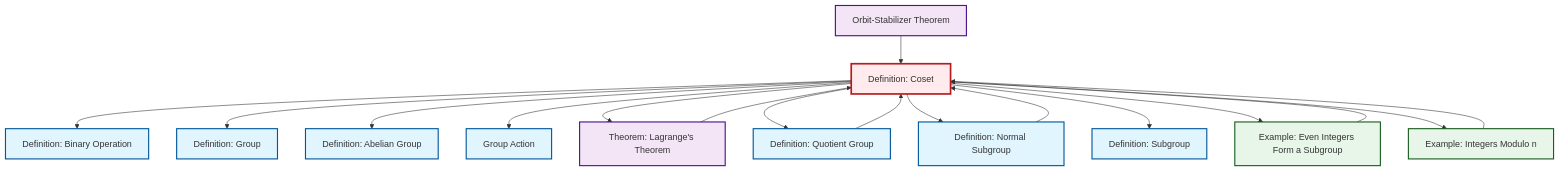
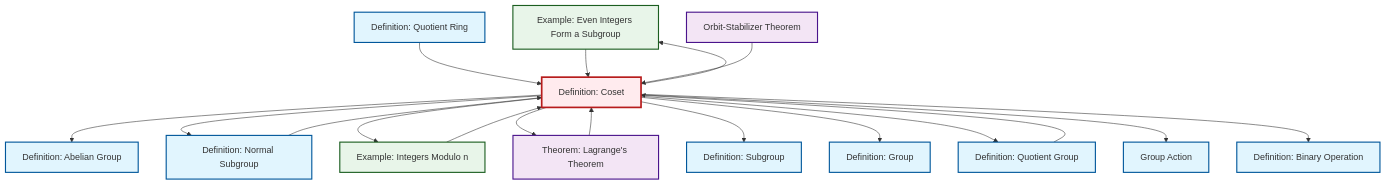
The diagram in output/mermaid/def-coset.mermaid (RK0429/ModernMath), drawn with Mermaid before and after one commit. The commit also changed 597 other files, not shown here.

```diff
--- a/output/mermaid/def-coset.mermaid
+++ b/output/mermaid/def-coset.mermaid
@@ -1,36 +1,38 @@
 %%| fig-cap: "Local dependency graph"
 graph TD
     classDef definition fill:#e1f5fe,stroke:#01579b,stroke-width:2px
     classDef theorem fill:#f3e5f5,stroke:#4a148c,stroke-width:2px
     classDef axiom fill:#fff3e0,stroke:#e65100,stroke-width:2px
     classDef example fill:#e8f5e9,stroke:#1b5e20,stroke-width:2px
     classDef current fill:#ffebee,stroke:#b71c1c,stroke-width:3px
+    ex-even-integers-subgroup["Example: Even Integers Form a Subgroup"]:::example
+    ex-quotient-integers-mod-n["Example: Integers Modulo n"]:::example
+    def-group-action["Group Action"]:::definition
+    thm-lagrange["Theorem: Lagrange's Theorem"]:::theorem
+    def-quotient-ring["Definition: Quotient Ring"]:::definition
+    def-coset["Definition: Coset"]:::definition
+    thm-orbit-stabilizer["Orbit-Stabilizer Theorem"]:::theorem
+    def-normal-subgroup["Definition: Normal Subgroup"]:::definition
+    def-quotient-group["Definition: Quotient Group"]:::definition
+    def-abelian-group["Definition: Abelian Group"]:::definition
+    def-subgroup["Definition: Subgroup"]:::definition
+    def-group["Definition: Group"]:::definition
     def-binary-operation["Definition: Binary Operation"]:::definition
-    def-subgroup["Definition: Subgroup"]:::definition
-    thm-orbit-stabilizer["Orbit-Stabilizer Theorem"]:::theorem
-    def-group-action["Group Action"]:::definition
-    def-quotient-group["Definition: Quotient Group"]:::definition
-    thm-lagrange["Theorem: Lagrange's Theorem"]:::theorem
-    def-abelian-group["Definition: Abelian Group"]:::definition
-    def-coset["Definition: Coset"]:::definition
-    def-group["Definition: Group"]:::definition
-    ex-even-integers-subgroup["Example: Even Integers Form a Subgroup"]:::example
-    def-normal-subgroup["Definition: Normal Subgroup"]:::definition
-    ex-quotient-integers-mod-n["Example: Integers Modulo n"]:::example
+    def-coset --> def-abelian-group
+    def-coset --> def-normal-subgroup
+    def-coset --> ex-quotient-integers-mod-n
+    def-coset --> ex-even-integers-subgroup
+    def-coset --> thm-lagrange
+    def-quotient-ring --> def-coset
+    ex-quotient-integers-mod-n --> def-coset
+    def-quotient-group --> def-coset
+    thm-lagrange --> def-coset
+    ex-even-integers-subgroup --> def-coset
+    def-coset --> def-subgroup
+    def-coset --> def-group
+    def-coset --> def-quotient-group
+    def-normal-subgroup --> def-coset
+    def-coset --> def-group-action
+    def-coset --> def-binary-operation
     thm-orbit-stabilizer --> def-coset
-    def-normal-subgroup --> def-coset
-    def-coset --> def-binary-operation
-    ex-quotient-integers-mod-n --> def-coset
-    def-coset --> def-group
-    def-coset --> def-abelian-group
-    def-quotient-group --> def-coset
-    ex-even-integers-subgroup --> def-coset
-    def-coset --> def-group-action
-    def-coset --> thm-lagrange
-    thm-lagrange --> def-coset
-    def-coset --> def-quotient-group
-    def-coset --> def-normal-subgroup
-    def-coset --> def-subgroup
-    def-coset --> ex-even-integers-subgroup
-    def-coset --> ex-quotient-integers-mod-n
     class def-coset current
```
